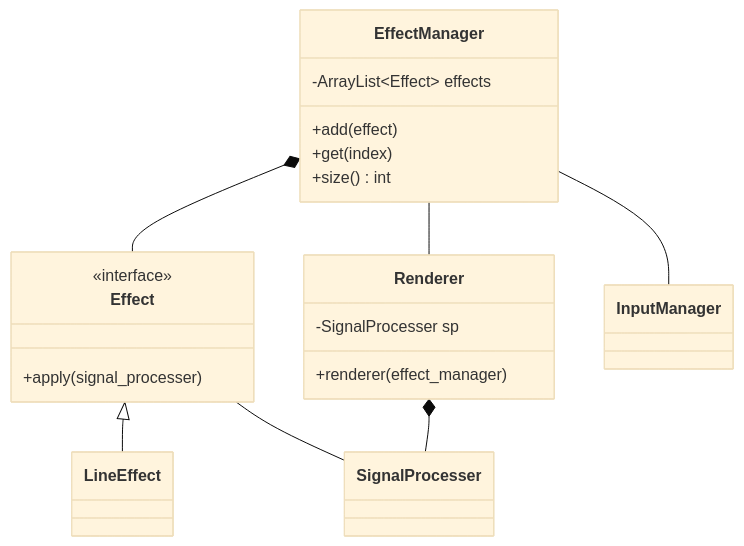
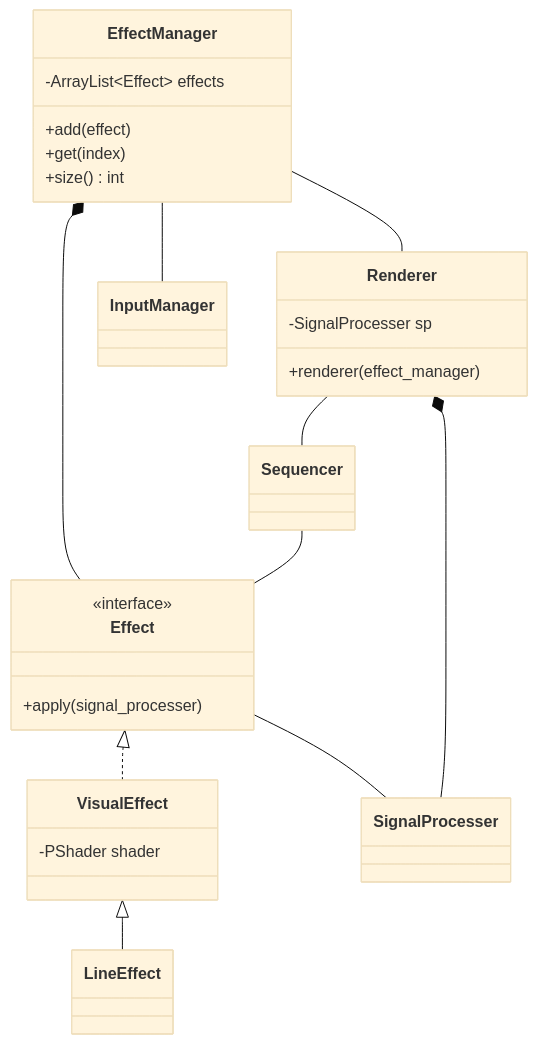
Before and after one commit to satoyuichi/GuitarVisualEffects: the diagram in diagram/class_diagram.md, drawn with Mermaid (base theme).

````diff
--- a/diagram/class_diagram.md
+++ b/diagram/class_diagram.md
@@ -1,29 +1,35 @@
 ```mermaid
 classDiagram
     class Effect {
         <<interface>>
         +apply(signal_processer)
     }
     
     class Renderer {
         -SignalProcesser sp
         
         +renderer(effect_manager)
     }
     
     class EffectManager {
         -ArrayList~Effect~ effects
         
         +add(effect)
         +get(index)
         +size() int
     }
     
-    Effect <|-- LineEffect
+    class VisualEffect {
+    	-PShader shader
+    }
+    
+    Effect <|.. VisualEffect
+    VisualEffect <|-- LineEffect
     Effect -- SignalProcesser
     EffectManager *-- Effect
     EffectManager -- Renderer
     EffectManager -- InputManager
-	
-	Renderer *-- SignalProcesser
+    Renderer *-- SignalProcesser
+    Renderer -- Sequencer
+    Sequencer -- Effect
 ```
````
